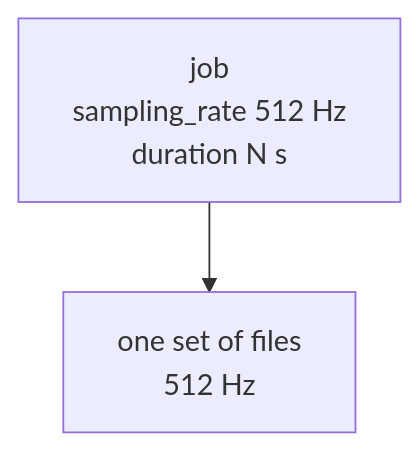
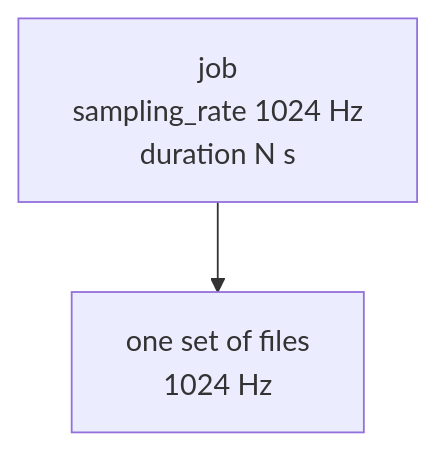
One commit to bfrmtx/mobile changed the third of 3 diagrams in quarto/databases/databases.qmd. Above: the diagram before and after it, drawn with Mermaid. The commit also changed other lines of this file and 14 other files, not shown here.

````diff
--- a/quarto/databases/databases.qmd
+++ b/quarto/databases/databases.qmd
@@ -313,4 +315,4 @@
 ```{mermaid}
 graph TD
-		A[job <br> sampling_rate 512 Hz <br> duration N s] --> B[one set of files <br> 512 Hz]
+		A[job <br> sampling_rate 1024 Hz <br> duration N s] --> B[one set of files <br> 1024 Hz]
 ```
````
